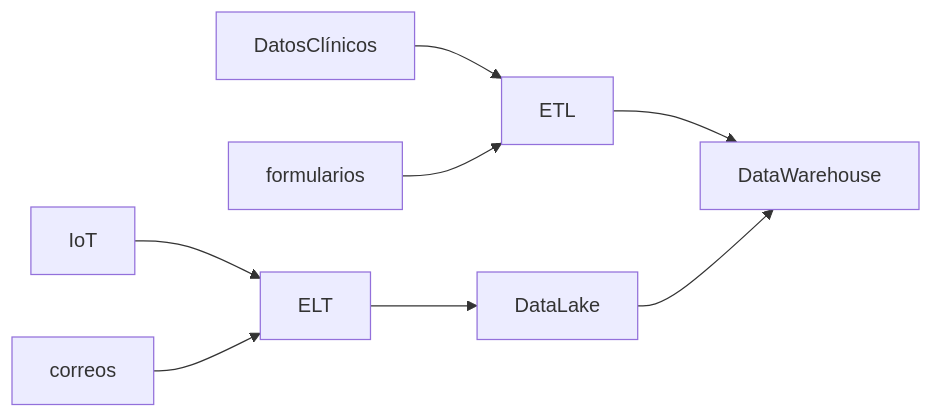
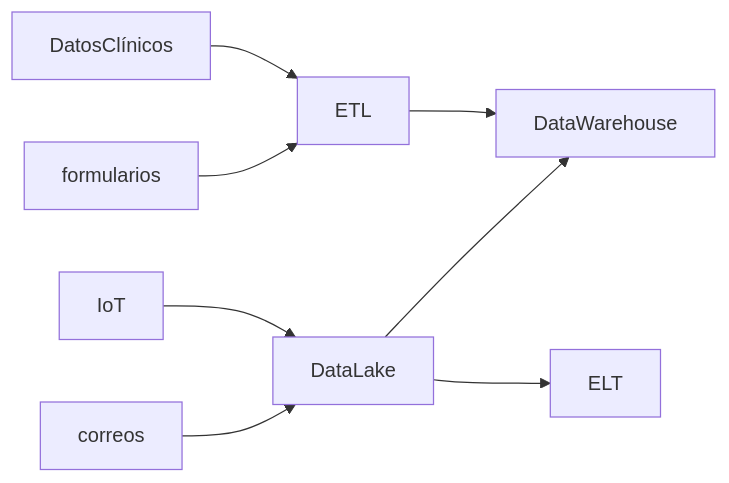
The first of 5 diagrams in README.md (git-jrm/ing-datos-M5), drawn with Mermaid before and after one commit.

````diff
--- a/README.md
+++ b/README.md
@@ -43,10 +43,10 @@
 ```mermaid
 graph LR;
   DatosClínicos-->ETL;
   formularios-->ETL;
-  IoT-->ELT;
-  correos-->ELT;
-  ELT-->DataLake;
+  IoT-->DataLake;
+  correos-->DataLake;
+  DataLake-->ELT;
   ETL-->DataWarehouse;
   DataLake-->DataWarehouse;
 ```
````
